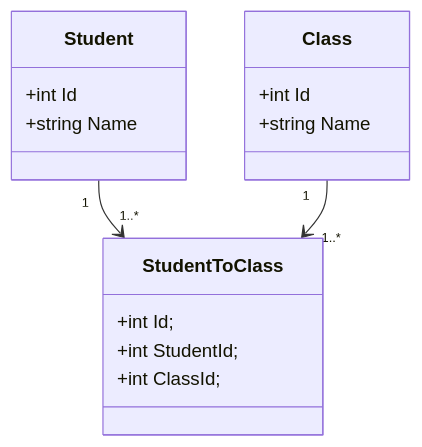
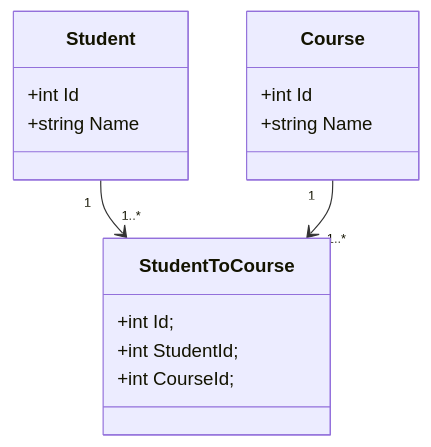
Before and after one commit to ApricotGambino/Kytc.Boilerplate.Template: the second of 3 diagrams in assets/Assets/root/docfx/articles/concepts/ef-relationships.md, drawn with Mermaid. The commit also changed other lines of this file and 9 other files, not shown here.

````diff
--- a/assets/Assets/root/docfx/articles/concepts/ef-relationships.md
+++ b/assets/Assets/root/docfx/articles/concepts/ef-relationships.md
@@ -122,19 +122,19 @@
 ```mermaid
 classDiagram
     class Student{
         +int Id
         +string Name
     }
-    class Class{
+    class Course{
         +int Id
         +string Name
     }
-    class StudentToClass{
+    class StudentToCourse{
         +int Id; 
         +int StudentId;
-        +int ClassId;
+        +int CourseId;
     }
 
-    Student "1" --> "1..*" StudentToClass
-    Class "1" --> "1..*" StudentToClass
+    Student "1" --> "1..*" StudentToCourse
+    Course "1" --> "1..*" StudentToCourse
 ```
````
